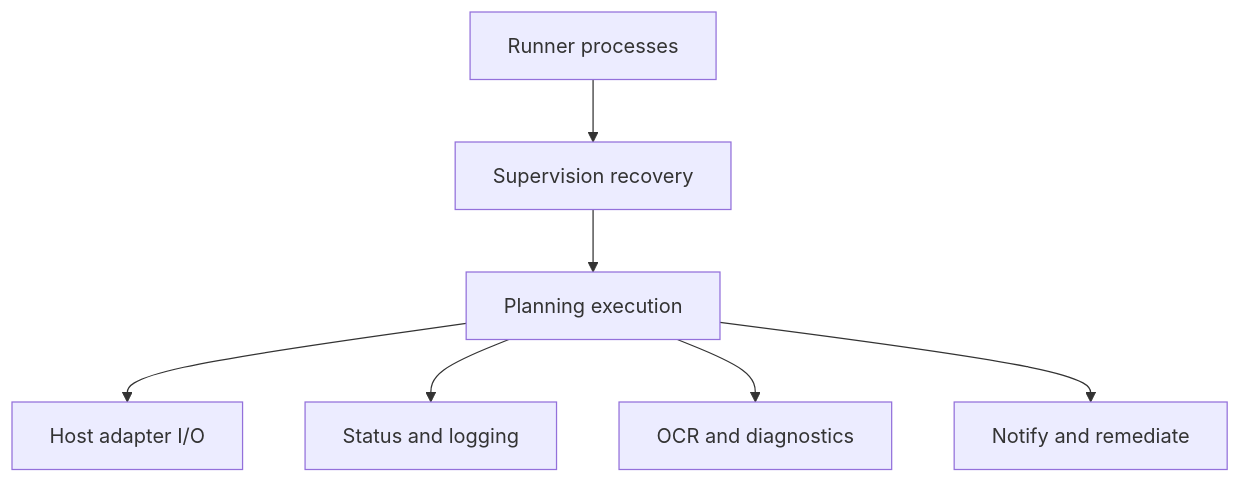
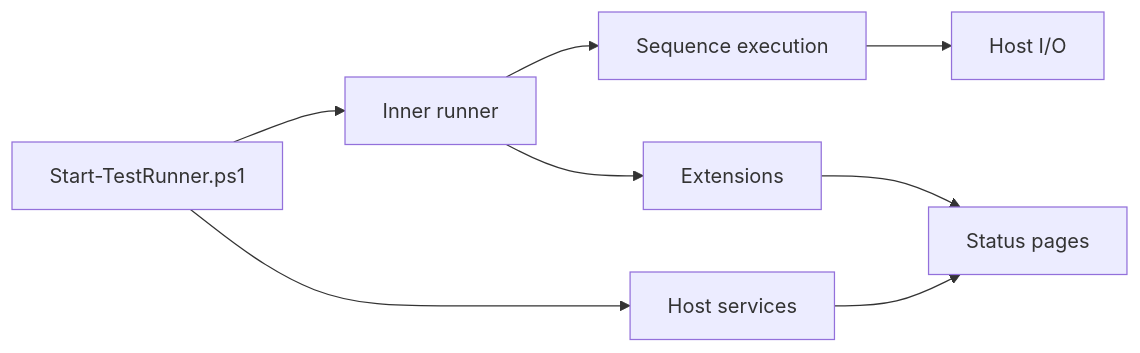
One commit to alissonsol/yuruna changed the third of 7 diagrams in docs/design/02-component-breakdown.md. Above: the diagram before and after it, drawn with Mermaid. The commit also changed other lines of this file and 901 other files, not shown here.

````diff
--- a/docs/design/02-component-breakdown.md
+++ b/docs/design/02-component-breakdown.md
@@ -61,9 +68,17 @@
 ```mermaid
-flowchart TD
-  runner-processes["Runner processes"] --> supervision-recovery["Supervision recovery"]
-  supervision-recovery --> planning-execution["Planning execution"]
-  planning-execution --> host-adapter-io["Host adapter I/O"]
-  planning-execution --> status-logging["Status and logging"]
-  planning-execution --> ocr-diagnostics["OCR and diagnostics"]
-  planning-execution --> notify-remediate["Notify and remediate"]
+flowchart LR
+    start-test-runner["Start-TestRunner.ps1"]
+    invoke-test-runner-inner-loop["Inner runner"]
+    test-sequence-runner["Sequence execution"]
+    test-host-io["Host I/O"]
+    test-service["Host services"]
+    test-extension["Extensions"]
+    test-status["Status pages"]
+    start-test-runner --> invoke-test-runner-inner-loop
+    start-test-runner --> test-service
+    invoke-test-runner-inner-loop --> test-sequence-runner
+    test-sequence-runner --> test-host-io
+    invoke-test-runner-inner-loop --> test-extension
+    test-service --> test-status
+    test-extension --> test-status
 ```
````
